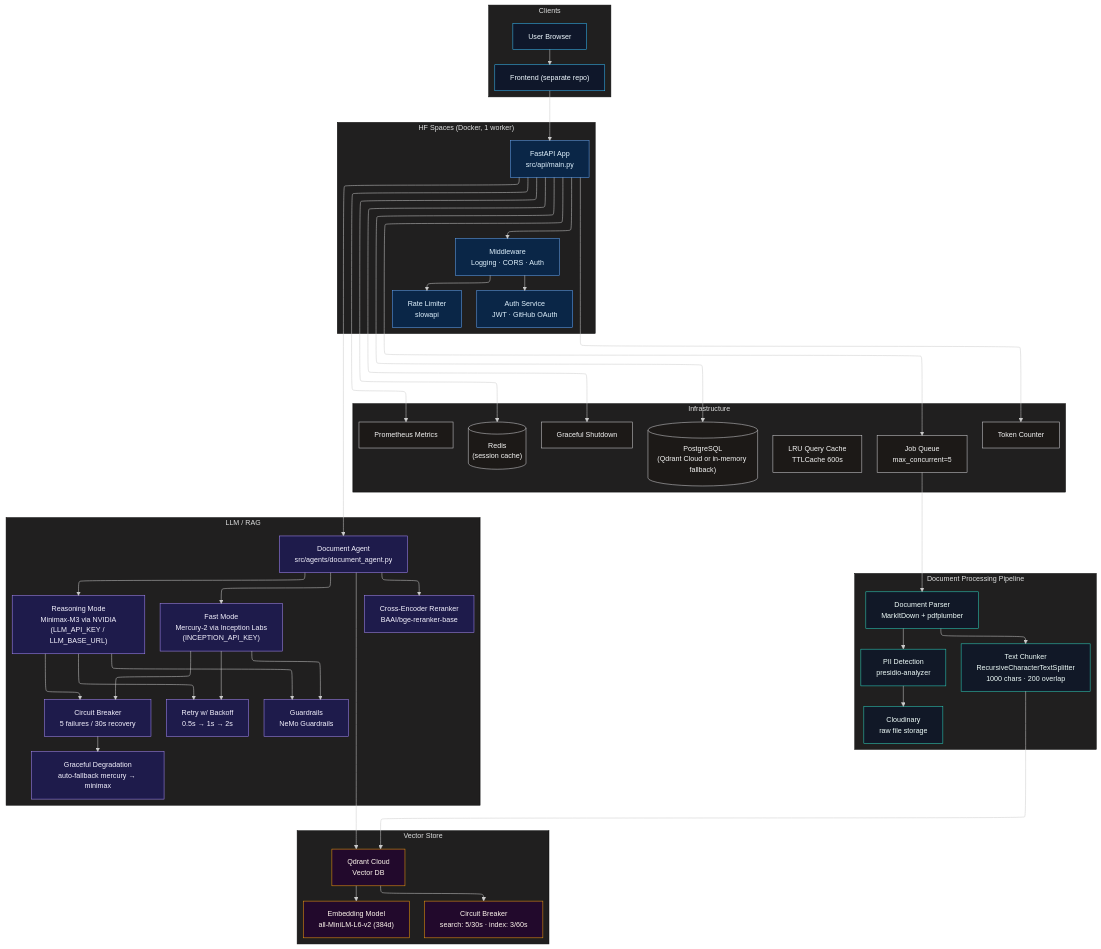
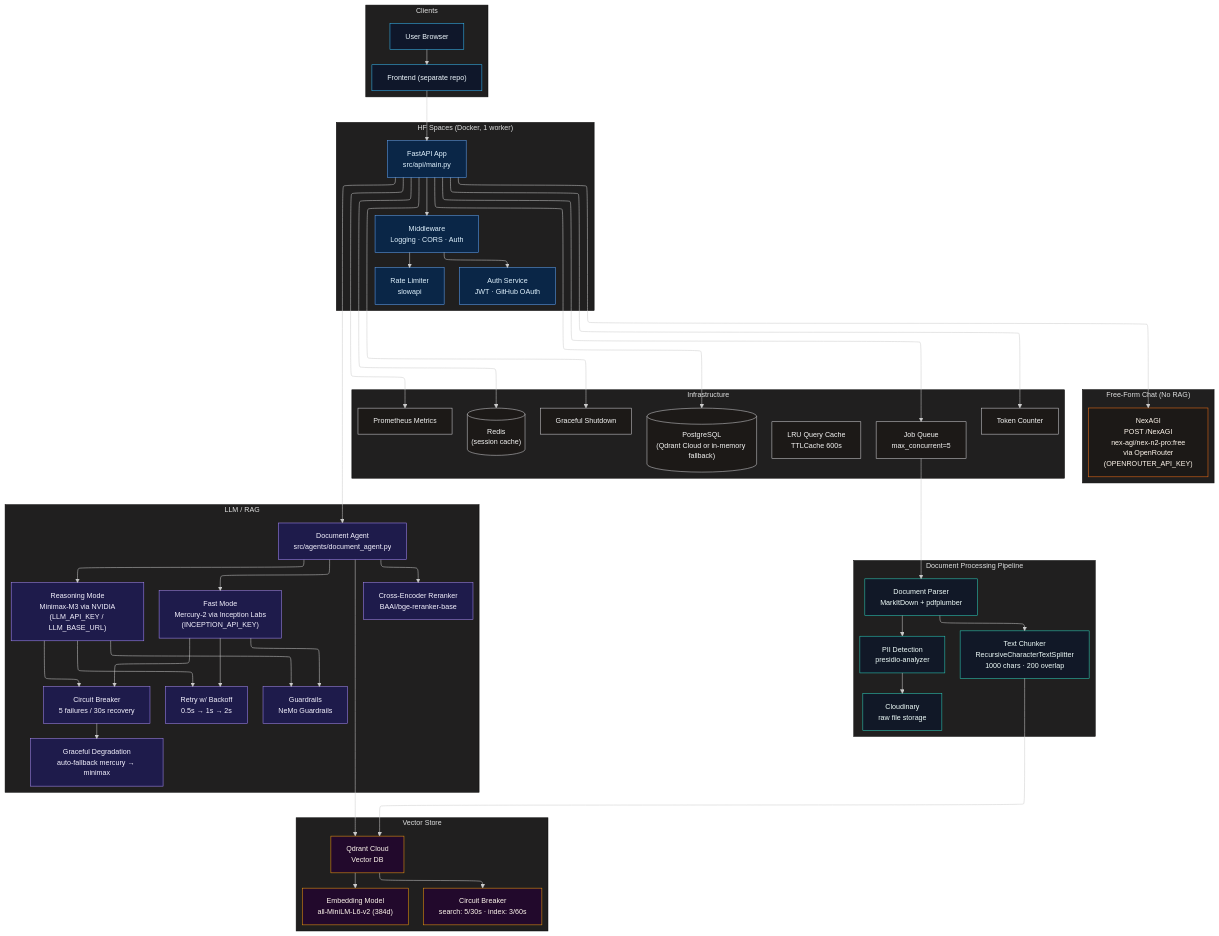
Before and after one commit to AKXLR8/vector-auditor: the diagram in README.md, drawn with Mermaid. The commit also changed other lines of this file, not shown here.

Commit message:
Update README + mermaid: add NexAGI free-form reasoning chat

````diff
--- a/README.md
+++ b/README.md
@@ -106,6 +106,10 @@
     Degrade["Graceful Degradation<br/>auto-fallback mercury → minimax"]
   end
 
+  subgraph "Free-Form Chat (No RAG)"
+    NexAGI["NexAGI<br/>POST /NexAGI<br/>nex-agi/nex-n2-pro:free<br/>via OpenRouter<br/>(OPENROUTER_API_KEY)"]
+  end
+
   subgraph "Infrastructure"
     PG[("PostgreSQL<br/>(Qdrant Cloud or in-memory fallback)")]
     Redis[("Redis<br/>(session cache)")]
@@ -138,6 +142,8 @@
   MINIMAX --> Retry
   MINIMAX --> Guard
 
+  API --> NexAGI
+
   API --> PG
   API --> Redis
   API --> Metrics
@@ -150,6 +156,7 @@
   classDef process fill:#111827,stroke:#2dd4bf,color:#f0fdfa
   classDef vector fill:#22092C,stroke:#f59e0b,color:#fff7ed
   classDef llm fill:#1e1b4b,stroke:#a78bfa,color:#f5f3ff
+  classDef chat fill:#1c1917,stroke:#f97316,color:#fff7ed
   classDef infra fill:#1c1917,stroke:#d4d4d8,color:#f5f5f4
 
   class User,FE client
@@ -157,5 +164,6 @@
   class Parser,PII,Cloud,Chunker process
   class Qdrant,Embedder,CB_Q vector
   class Agent,Reranker,MERCURY,MINIMAX,CB_L,Retry,Guard,Degrade llm
+  class NexAGI chat
   class PG,Redis,JobQ,Metrics,Cache,Shutdown,TokenCounter infra
 ```
````
